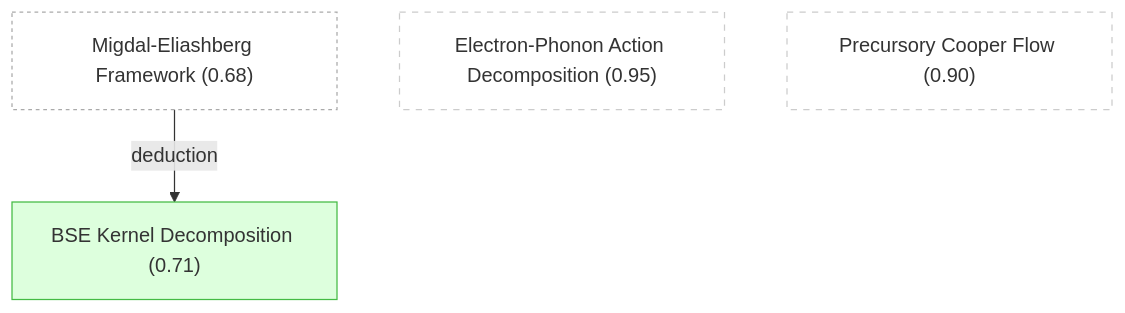
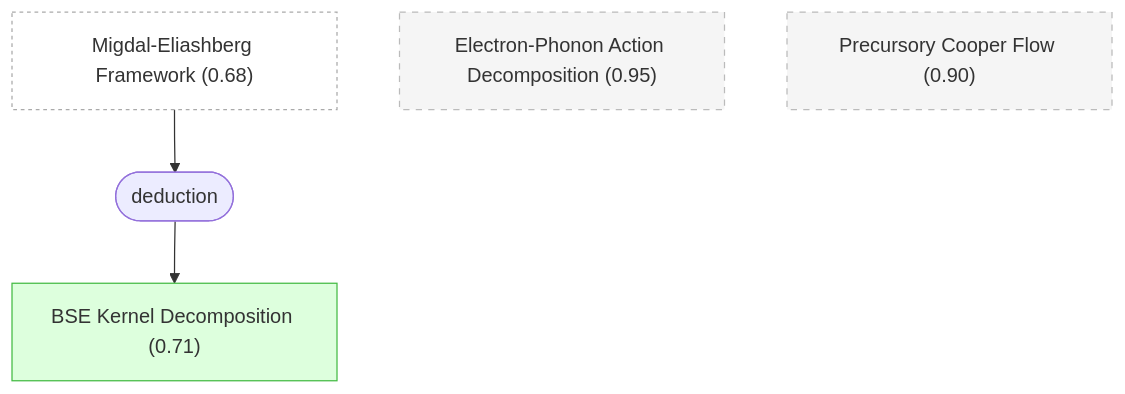
The second of 6 diagrams in README.md (kunyuan/SuperconductivityElectronLiquids.gaia), drawn with Mermaid before and after one commit. The commit also changed other lines of this file, not shown here.

First line of the commit message:
docs: regenerate README with strategy/operator Mermaid nodes

````diff
--- a/README.md
+++ b/README.md
@@ -189,15 +210,20 @@
 ```mermaid
 graph TD
     me_framework["Migdal-Eliashberg Framework (0.68)"]:::external
-    electron_phonon_action["Electron-Phonon Action Decomposition (0.95)"]:::orphan
+    electron_phonon_action["Electron-Phonon Action Decomposition (0.95)"]:::background
     bse_kernel_decomposition["BSE Kernel Decomposition (0.71)"]:::derived
-    precursory_cooper_flow["Precursory Cooper Flow (0.90)"]:::orphan
-    me_framework -->|deduction| bse_kernel_decomposition
+    precursory_cooper_flow["Precursory Cooper Flow (0.90)"]:::background
+    strat_1(["deduction"])
+    me_framework --> strat_1
+    strat_1 --> bse_kernel_decomposition
 
     classDef setting fill:#f0f0f0,stroke:#999
     classDef premise fill:#ddeeff,stroke:#4488bb
     classDef derived fill:#ddffdd,stroke:#44bb44
     classDef question fill:#fff3dd,stroke:#cc9944
+    classDef background fill:#f5f5f5,stroke:#bbb,stroke-dasharray: 5 5
     classDef orphan fill:#fff,stroke:#ccc,stroke-dasharray: 5 5
     classDef external fill:#fff,stroke:#aaa,stroke-dasharray: 3 3
+    classDef weak fill:#fff9c4,stroke:#f9a825,stroke-dasharray: 5 5
+    classDef contra fill:#ffebee,stroke:#c62828
 ```
````
